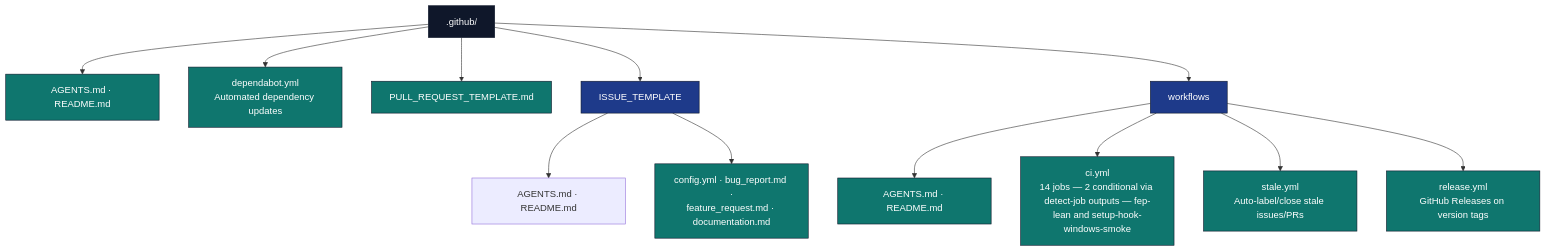
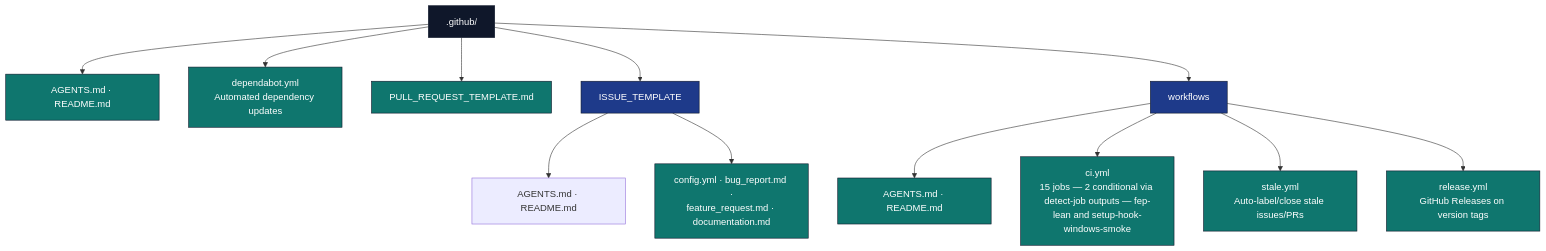
The diagram in .github/AGENTS.md (docxology/template), drawn with Mermaid before and after one commit. The commit also changed other lines of this file and 129 other files, not shown here.

````diff
--- a/.github/AGENTS.md
+++ b/.github/AGENTS.md
@@ -24,24 +24,24 @@
 ```mermaid
 flowchart TB
     GH[.github/]
     GH --> META[AGENTS.md · README.md]
     GH --> DEP[dependabot.yml<br/>Automated dependency updates]
     GH --> PRT[PULL_REQUEST_TEMPLATE.md]
     GH --> ITPL[ISSUE_TEMPLATE]
     GH --> WF[workflows]
 
     ITPL --> ITPL_DOCS[AGENTS.md · README.md]
     ITPL --> ITPL_F[config.yml · bug_report.md ·<br/>feature_request.md · documentation.md]
 
     WF --> WF_DOCS[AGENTS.md · README.md]
-    WF --> WF_CI[ci.yml<br/>14 jobs — 2 conditional via detect-job outputs — fep-lean and setup-hook-windows-smoke]
+    WF --> WF_CI[ci.yml<br/>15 jobs — 2 conditional via detect-job outputs — fep-lean and setup-hook-windows-smoke]
     WF --> WF_STALE[stale.yml<br/>Auto-label/close stale issues/PRs]
     WF --> WF_REL[release.yml<br/>GitHub Releases on version tags]
 
     classDef d fill:#0f172a,stroke:#0f172a,color:#fff
     classDef pkg fill:#1e3a8a,stroke:#0f172a,color:#fff
     classDef f fill:#0f766e,stroke:#0f172a,color:#fff
     class GH d
     class ITPL,WF pkg
     class META,DEP,PRT,ITPL_F,WF_DOCS,WF_CI,WF_STALE,WF_REL f
 ```
````
